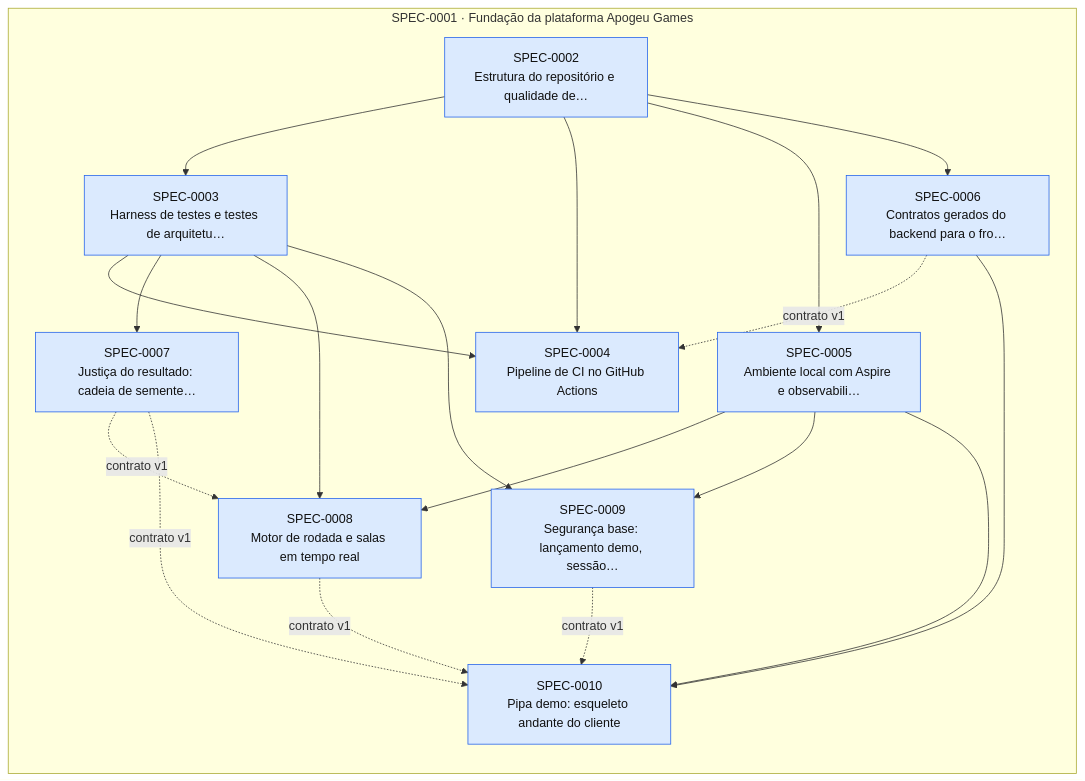
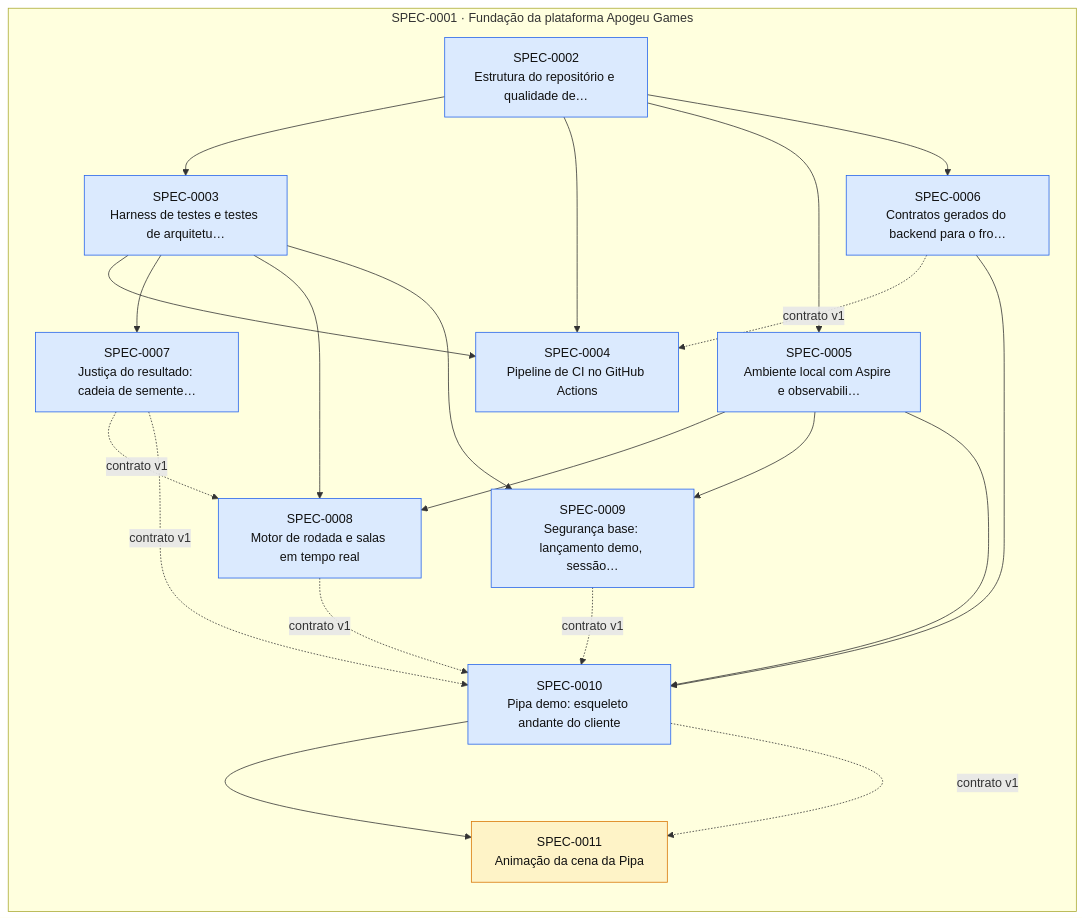
One commit to thomasravache/crash-games-provider changed the diagram in docs/specs/INDEX.md. Above: the diagram before and after it, drawn with Mermaid. The commit also changed other lines of this file and 4 other files, not shown here.

First line of the commit message:
docs(sdd): animação da cena da Pipa — SPEC-0011 e ADR-0021

````diff
--- a/docs/specs/INDEX.md
+++ b/docs/specs/INDEX.md
@@ -68,36 +69,39 @@
 ```mermaid
 flowchart LR
   subgraph E0001["SPEC-0001 · Fundação da plataforma Apogeu Games"]
     S0002["SPEC-0002<br/>Estrutura do repositório e qualidade de…"]:::approved
     S0003["SPEC-0003<br/>Harness de testes e testes de arquitetu…"]:::approved
     S0004["SPEC-0004<br/>Pipeline de CI no GitHub Actions"]:::approved
     S0005["SPEC-0005<br/>Ambiente local com Aspire e observabili…"]:::approved
     S0006["SPEC-0006<br/>Contratos gerados do backend para o fro…"]:::approved
     S0007["SPEC-0007<br/>Justiça do resultado: cadeia de semente…"]:::approved
     S0008["SPEC-0008<br/>Motor de rodada e salas em tempo real"]:::approved
     S0009["SPEC-0009<br/>Segurança base: lançamento demo, sessão…"]:::approved
     S0010["SPEC-0010<br/>Pipa demo: esqueleto andante do cliente"]:::approved
+    S0011["SPEC-0011<br/>Animação da cena da Pipa"]:::proposed
   end
   S0002 --> S0003
   S0002 --> S0004
   S0003 --> S0004
   S0006 -. contrato v1 .-> S0004
   S0002 --> S0005
   S0002 --> S0006
   S0003 --> S0007
   S0003 --> S0008
   S0005 --> S0008
   S0007 -. contrato v1 .-> S0008
   S0003 --> S0009
   S0005 --> S0009
   S0005 --> S0010
   S0006 --> S0010
   S0007 -. contrato v1 .-> S0010
   S0008 -. contrato v1 .-> S0010
   S0009 -. contrato v1 .-> S0010
+  S0010 --> S0011
+  S0010 -. contrato v1 .-> S0011
   classDef proposed fill:#fef3c7,stroke:#d97706,color:#111
   classDef approved fill:#dbeafe,stroke:#2563eb,color:#111
   classDef inprogress fill:#ede9fe,stroke:#7c3aed,color:#111
   classDef implemented fill:#dcfce7,stroke:#16a34a,color:#111
   classDef deprecated fill:#f3f4f6,stroke:#9ca3af,color:#6b7280
 ```
````
